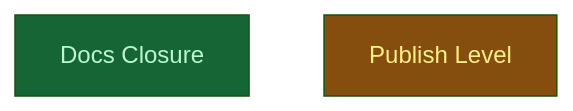
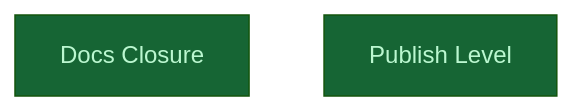
Before and after one commit to LittleCoinCoin/sift: the diagram in __roadmap__/update-flow-hardening/next/next/README.md, drawn with Mermaid (forest theme). The commit also changed other lines of this file and 4 other files, not shown here.

First line of the commit message:
rdm(update-flow-hardening): close the campaign

````diff
--- a/__roadmap__/update-flow-hardening/next/next/README.md
+++ b/__roadmap__/update-flow-hardening/next/next/README.md
@@ -20,10 +20,10 @@
 ```mermaid
 graph TD
     docs_closure[Docs Closure]:::done
-    next[Publish Level]:::inprogress
+    next[Publish Level]:::done
     classDef done       fill:#166534,color:#bbf7d0
     classDef inprogress fill:#854d0e,color:#fef08a
     classDef planned    fill:#374151,color:#e5e7eb
     classDef amendment  fill:#1e3a5f,color:#bfdbfe
     classDef blocked    fill:#7f1d1d,color:#fecaca
 ```
````
